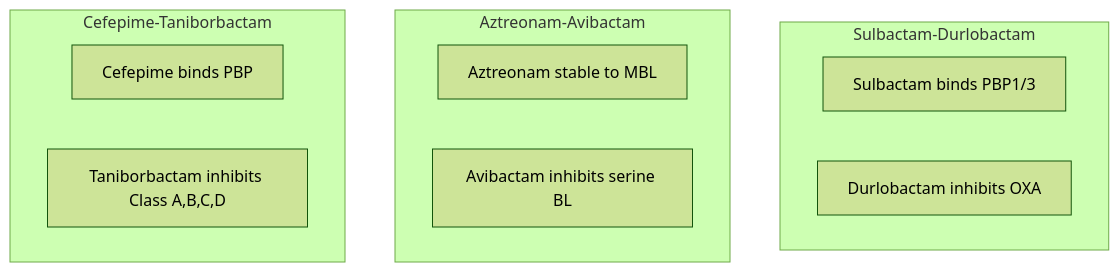
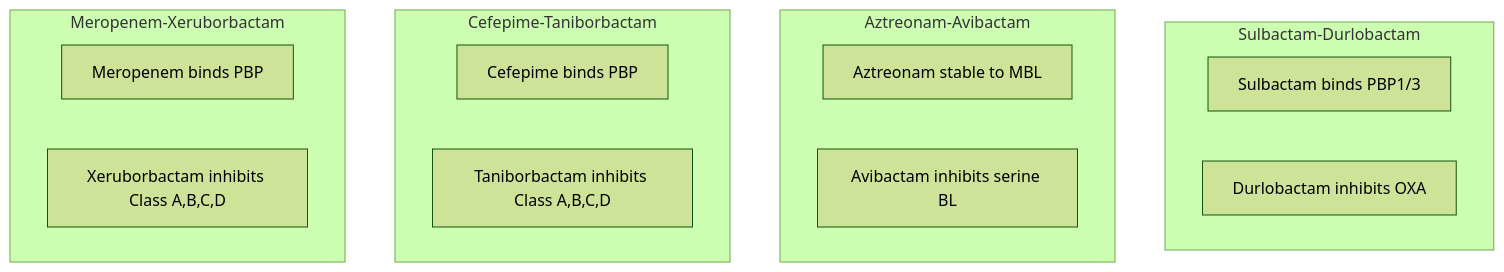
Before and after one commit to Russlewisbo/newer_abx: the third of 3 diagrams in chapter-slides.qmd, drawn with Mermaid (forest theme). The commit also changed other lines of this file and 68 other files, not shown here.

````diff
--- a/chapter-slides.qmd
+++ b/chapter-slides.qmd
@@ -1474,15 +1484,19 @@
 ```{mermaid}
 flowchart TB
     subgraph Sulbactam-Durlobactam
         S1[Sulbactam binds PBP1/3]
         S2[Durlobactam inhibits OXA]
     end
     subgraph Aztreonam-Avibactam
         A1[Aztreonam stable to MBL]
         A2[Avibactam inhibits serine BL]
     end
     subgraph Cefepime-Taniborbactam
         C1[Cefepime binds PBP]
         C2[Taniborbactam inhibits Class A,B,C,D]
     end
+    subgraph Meropenem-Xeruborbactam
+        M1[Meropenem binds PBP]
+        M2[Xeruborbactam inhibits Class A,B,C,D]
+    end
 ```
````
